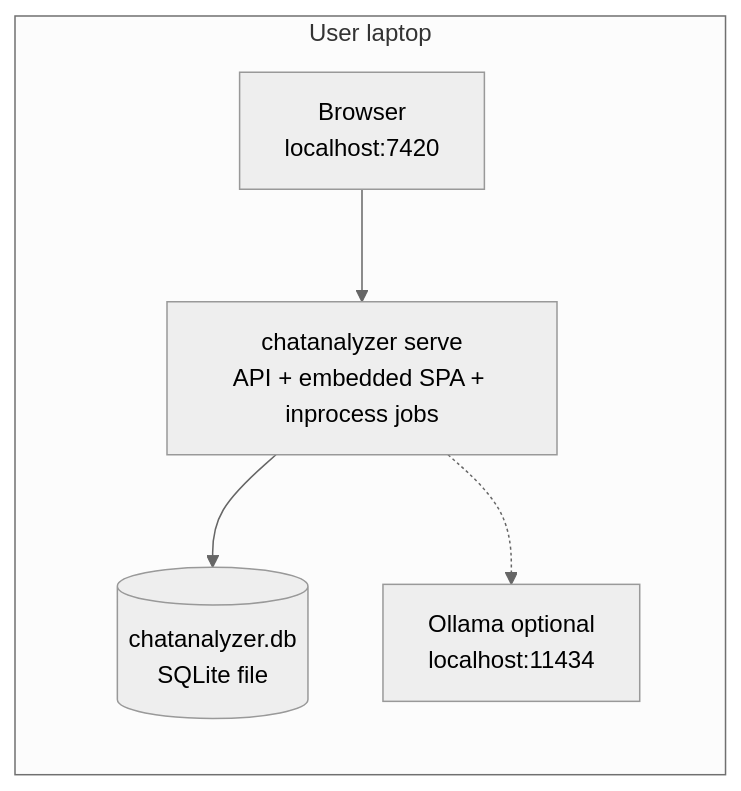
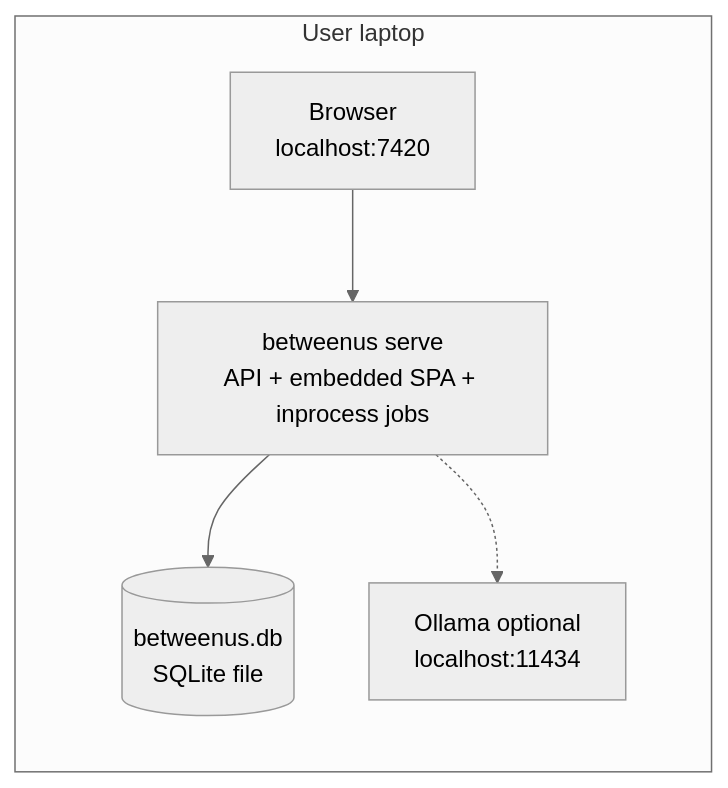
One commit to KshitijV97/between-us changed diagram 12 of 14 in docs/02-architecture.md. Above: the diagram before and after it, drawn with Mermaid (neutral theme). The commit also changed other lines of this file and 70 other files, not shown here.

````diff
--- a/docs/02-architecture.md
+++ b/docs/02-architecture.md
@@ -654,11 +654,11 @@
 ```mermaid
 flowchart LR
     subgraph Laptop["User laptop"]
         br["Browser<br/>localhost:7420"]
-        bin["chatanalyzer serve<br/>API + embedded SPA + inprocess jobs"]
-        file[("chatanalyzer.db<br/>SQLite file")]
+        bin["betweenus serve<br/>API + embedded SPA + inprocess jobs"]
+        file[("betweenus.db<br/>SQLite file")]
         oll["Ollama optional<br/>localhost:11434"]
     end
     br --> bin --> file
     bin -.-> oll
 ```
````
